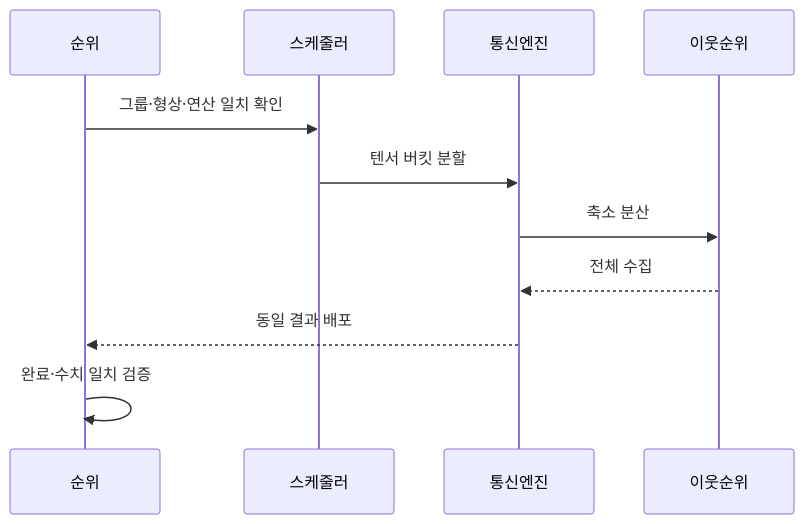
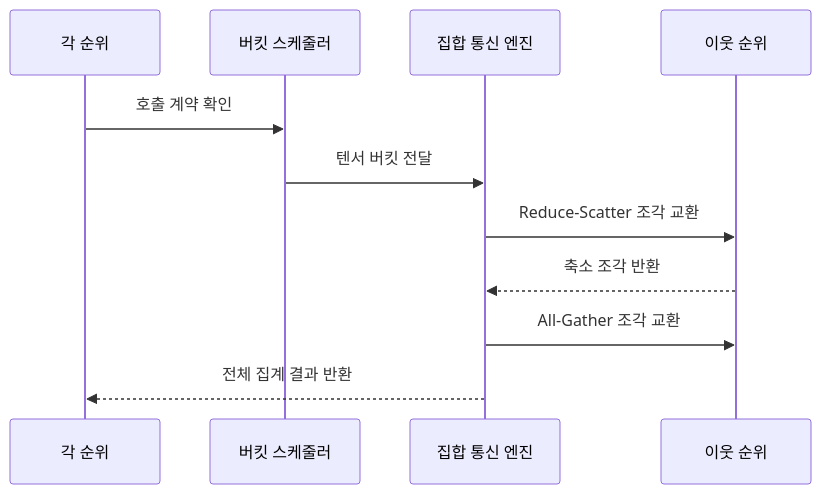
Before and after one commit to agnusdei1207/knowledge-base: the second of 2 diagrams in src/content/docs/notes/04-network/106_all_reduce_collective_communication.md, drawn with Mermaid. The commit also changed other lines of this file and 6 other files, not shown here.

````diff
--- a/src/content/docs/notes/04-network/106_all_reduce_collective_communication.md
+++ b/src/content/docs/notes/04-network/106_all_reduce_collective_communication.md
@@ -82,13 +81,13 @@
 ```mermaid
 sequenceDiagram
-    participant 순위
-    participant 스케줄러
-    participant 통신엔진
-    participant 이웃순위
-    순위->>스케줄러: 그룹·형상·연산 일치 확인
-    스케줄러->>통신엔진: 텐서 버킷 분할
-    통신엔진->>이웃순위: 축소 분산
-    이웃순위-->>통신엔진: 전체 수집
-    통신엔진-->>순위: 동일 결과 배포
-    순위->>순위: 완료·수치 일치 검증
+    participant R as 각 순위
+    participant S as 버킷 스케줄러
+    participant C as 집합 통신 엔진
+    participant N as 이웃 순위
+    R->>S: 호출 계약 확인
+    S->>C: 텐서 버킷 전달
+    C->>N: Reduce-Scatter 조각 교환
+    N-->>C: 축소 조각 반환
+    C->>N: All-Gather 조각 교환
+    C-->>R: 전체 집계 결과 반환
 ```
````
